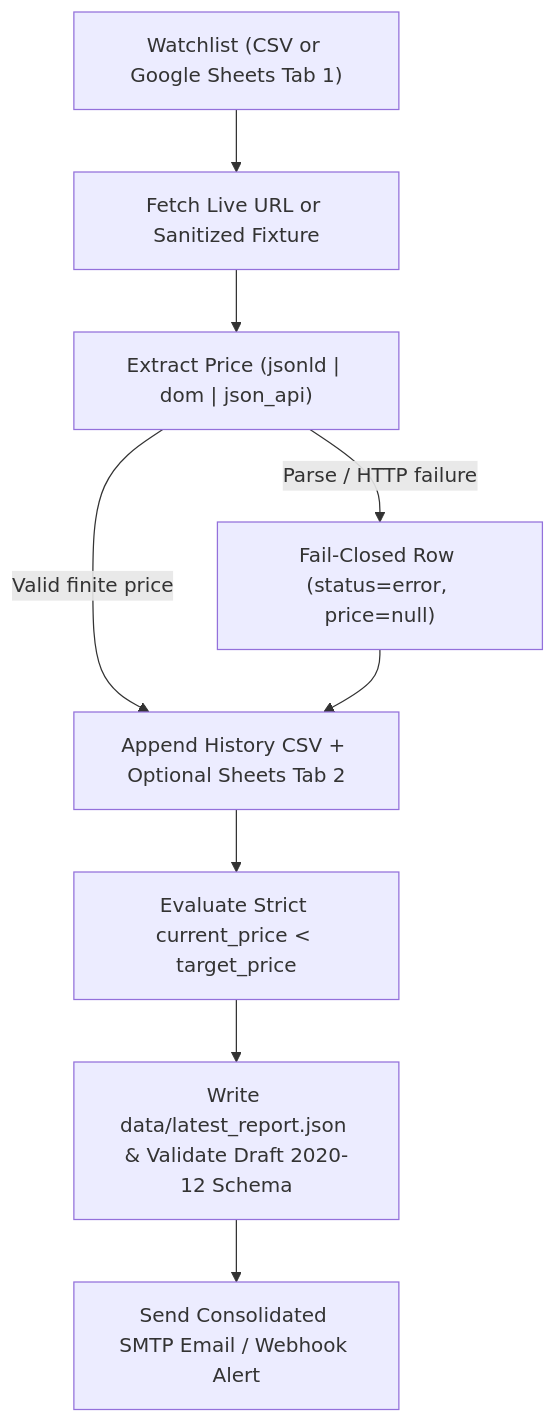
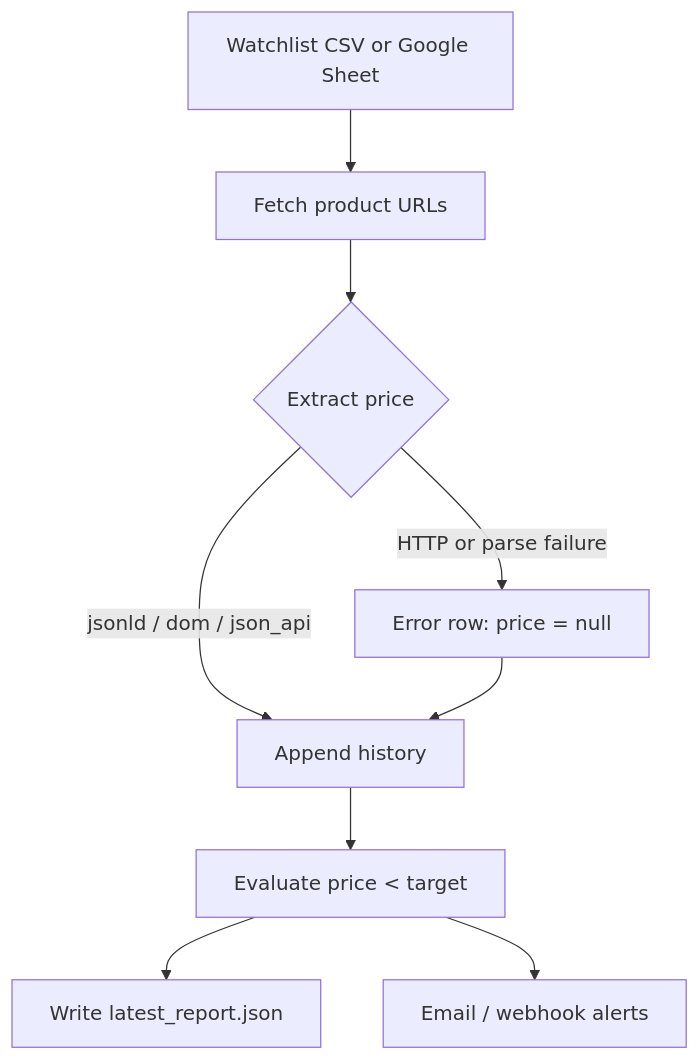
The diagram in README.md (flasheddy/price-drop-monitor), drawn with Mermaid before and after one commit. The commit also changed other lines of this file and 16 other files, not shown here.

````diff
--- a/README.md
+++ b/README.md
@@ -20,11 +13,11 @@
 ```mermaid
 flowchart TD
-    A["Watchlist (CSV or Google Sheets Tab 1)"] --> B["Fetch Live URL or Sanitized Fixture"]
-    B --> C["Extract Price (jsonld | dom | json_api)"]
-    C -- "Parse / HTTP failure" --> E["Fail-Closed Row (status=error, price=null)"]
-    C -- "Valid finite price" --> D["Append History CSV + Optional Sheets Tab 2"]
-    E --> D
-    D --> F["Evaluate Strict current_price < target_price"]
-    F --> G["Write data/latest_report.json & Validate Draft 2020-12 Schema"]
-    G --> H["Send Consolidated SMTP Email / Webhook Alert"]
+    A["Watchlist CSV or Google Sheet"] --> B["Fetch product URLs"]
+    B --> C{"Extract price"}
+    C -->|"jsonld / dom / json_api"| F["Append history"]
+    C -->|"HTTP or parse failure"| E["Error row: price = null"]
+    E --> F
+    F --> G["Evaluate price < target"]
+    G --> H["Write latest_report.json"]
+    G --> I["Email / webhook alerts"]
 ```
````
